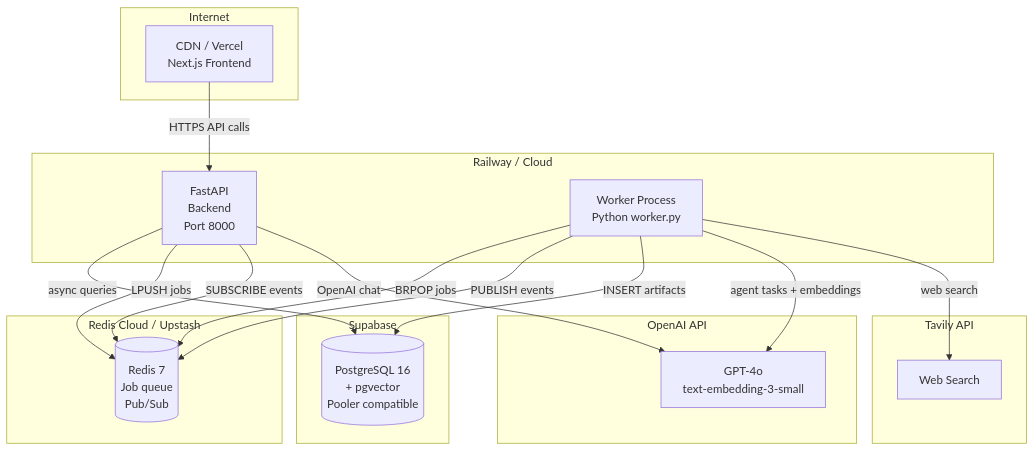
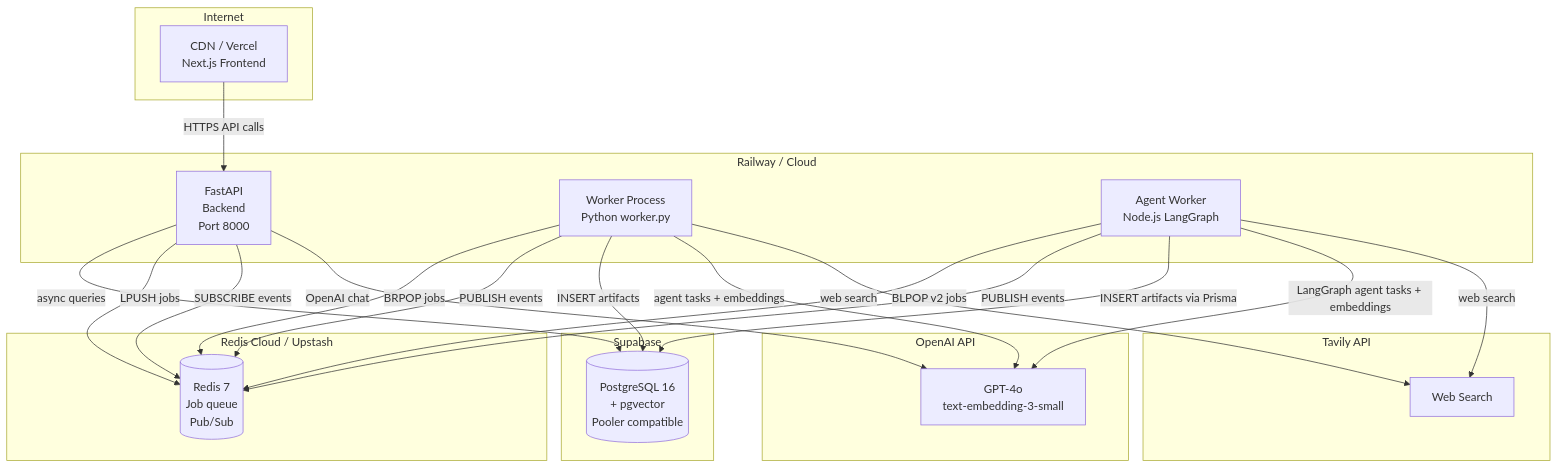
One commit to KushagraGitter/launchpadai changed the seventh of 7 diagrams in ARCHITECTURE.md. Above: the diagram before and after it, drawn with Mermaid. The commit also changed 3 other files, not shown here.

First line of the commit message:
Implement agent-worker service and update deployment workflow

````diff
--- a/ARCHITECTURE.md
+++ b/ARCHITECTURE.md
@@ -538,38 +538,44 @@
 ```mermaid
 graph TB
     subgraph Internet
         CDN["CDN / Vercel\nNext.js Frontend"]
     end
 
     subgraph Railway["Railway / Cloud"]
         BE["FastAPI\nBackend\nPort 8000"]
         WKR["Worker Process\nPython worker.py"]
+        AGW["Agent Worker\nNode.js LangGraph"]
     end
 
     subgraph Supabase["Supabase"]
         PGDB[("PostgreSQL 16\n+ pgvector\nPooler compatible")]
     end
 
     subgraph Redis_Cloud["Redis Cloud / Upstash"]
         RDB[("Redis 7\nJob queue\nPub/Sub")]
     end
 
     subgraph OpenAI_Cloud["OpenAI API"]
         OAI_API["GPT-4o\ntext-embedding-3-small"]
     end
 
     subgraph Tavily_Cloud["Tavily API"]
         TAV_API["Web Search"]
     end
 
     CDN -->|HTTPS API calls| BE
     BE -->|async queries| PGDB
     BE -->|LPUSH jobs| RDB
     WKR -->|BRPOP jobs| RDB
     WKR -->|PUBLISH events| RDB
+    AGW -->|BLPOP v2 jobs| RDB
+    AGW -->|PUBLISH events| RDB
     BE -->|SUBSCRIBE events| RDB
     WKR -->|INSERT artifacts| PGDB
+    AGW -->|INSERT artifacts via Prisma| PGDB
     BE -->|OpenAI chat| OAI_API
     WKR -->|agent tasks + embeddings| OAI_API
+    AGW -->|LangGraph agent tasks + embeddings| OAI_API
+    AGW -->|web search| TAV_API
     WKR -->|web search| TAV_API
 ```
````
